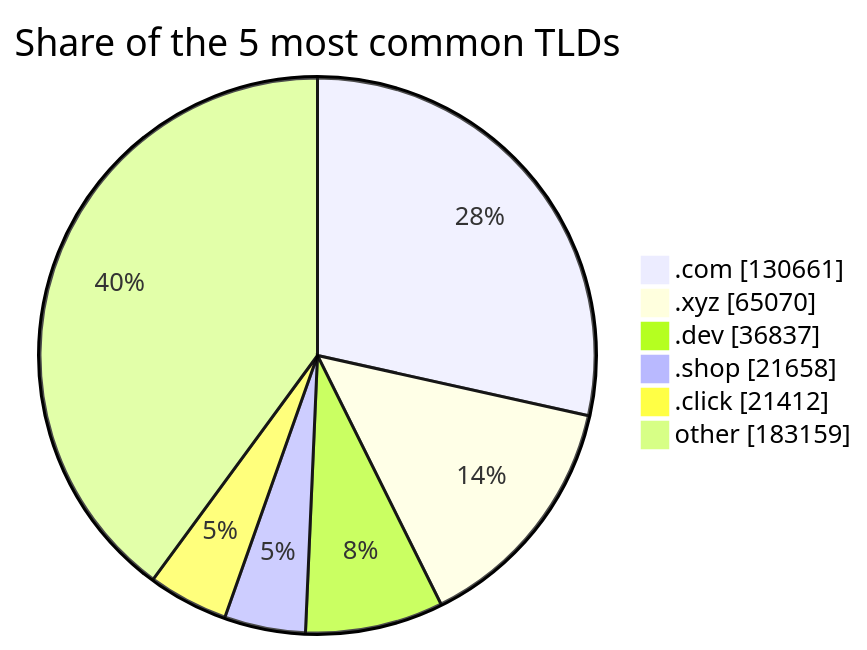
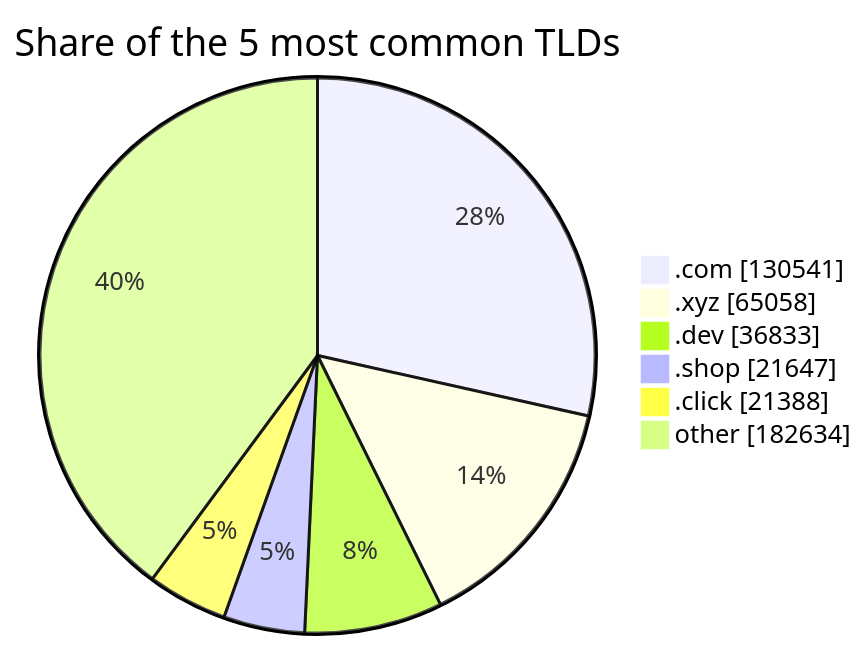
One commit to DNSBunker/CTI changed the third of 3 diagrams in README.md. Above: the diagram before and after it, drawn with Mermaid. The commit also changed other lines of this file and 3 other files, not shown here.

````diff
--- a/README.md
+++ b/README.md
@@ -81,9 +81,9 @@
 ```mermaid
 pie showData title Share of the 5 most common TLDs
-    ".com" : 130661
-    ".xyz" : 65070
-    ".dev" : 36837
-    ".shop" : 21658
-    ".click" : 21412
-    "other" : 183159
+    ".com" : 130541
+    ".xyz" : 65058
+    ".dev" : 36833
+    ".shop" : 21647
+    ".click" : 21388
+    "other" : 182634
 ```
````
